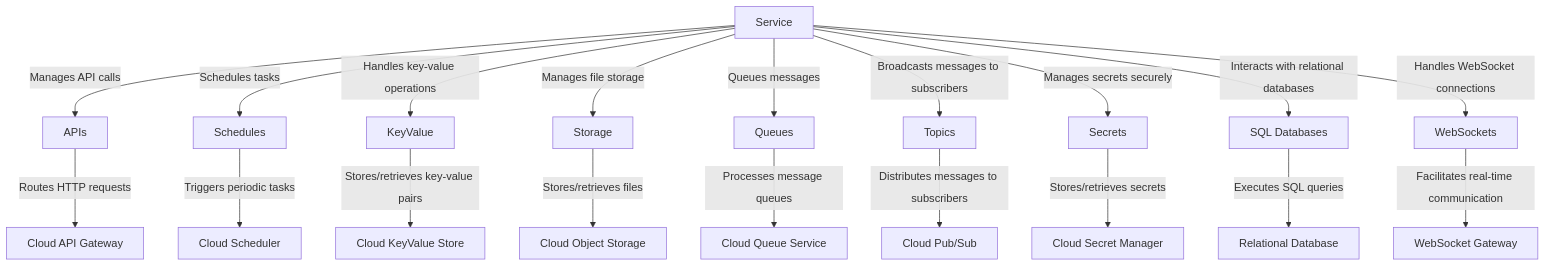
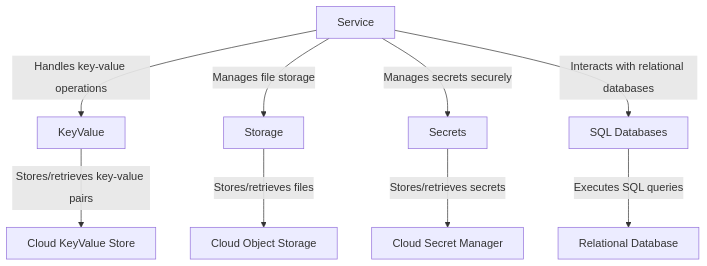
The fourth of 5 diagrams in docs/architecture/services.mdx (nitrictech/docs), drawn with Mermaid before and after one commit. The commit also changed other lines of this file, not shown here.

````diff
--- a/docs/architecture/services.mdx
+++ b/docs/architecture/services.mdx
@@ -84,25 +104,15 @@
 ```mermaid
 flowchart TD
-    A[Service] -->|Manages API calls| B[APIs]
-    A -->|Schedules tasks| C[Schedules]
-    A -->|Handles key-value operations| D[KeyValue]
+    A[Service] -->|Handles key-value operations| D[KeyValue]
     A -->|Manages file storage| E[Storage]
-    A -->|Queues messages| F[Queues]
-    A -->|Broadcasts messages to subscribers| G[Topics]
     A -->|Manages secrets securely| H[Secrets]
     A -->|Interacts with relational databases| I[SQL Databases]
-    A -->|Handles WebSocket connections| J[WebSockets]
 
-    B -->|Routes HTTP requests| K[Cloud API Gateway]
-    C -->|Triggers periodic tasks| L[Cloud Scheduler]
     D -->|Stores/retrieves key-value pairs| M[Cloud KeyValue Store]
     E -->|Stores/retrieves files| N[Cloud Object Storage]
-    F -->|Processes message queues| O[Cloud Queue Service]
-    G -->|Distributes messages to subscribers| P[Cloud Pub/Sub]
     H -->|Stores/retrieves secrets| Q[Cloud Secret Manager]
     I -->|Executes SQL queries| R[Relational Database]
-    J -->|Facilitates real-time communication| S[WebSocket Gateway]
 
 classDef default line-height:1;
 classDef edgeLabel line-height:2;
 ```
````
